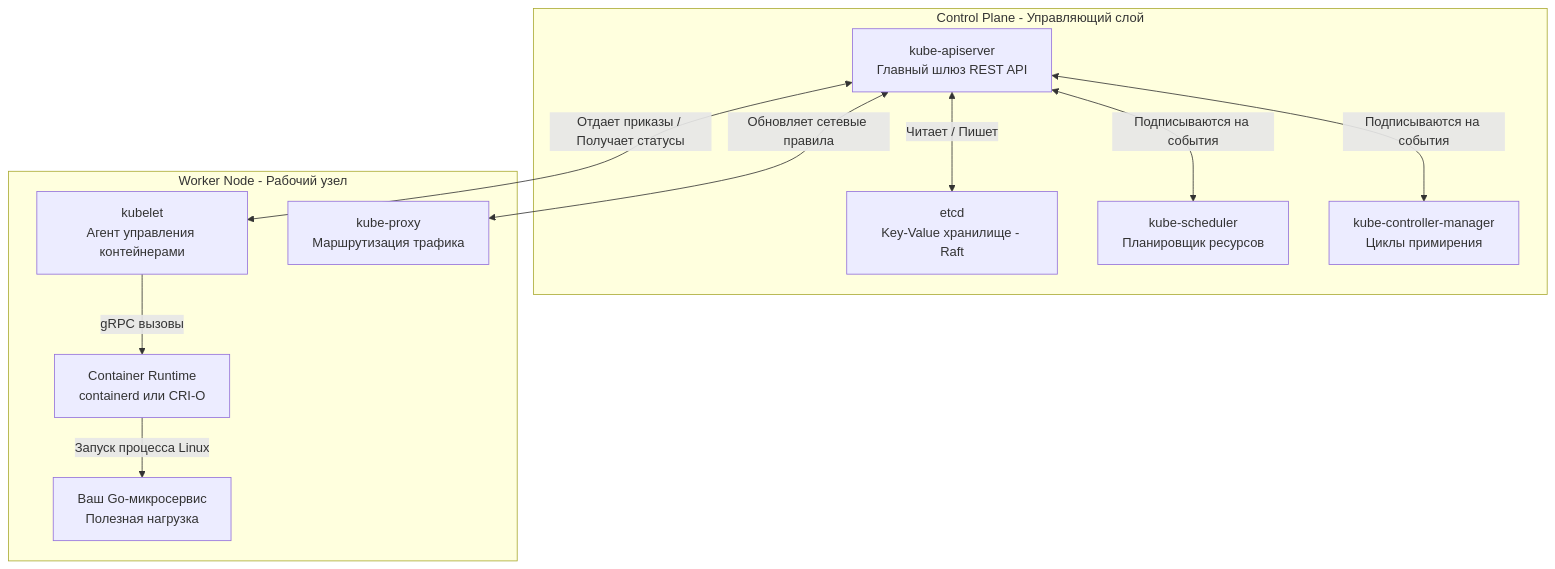
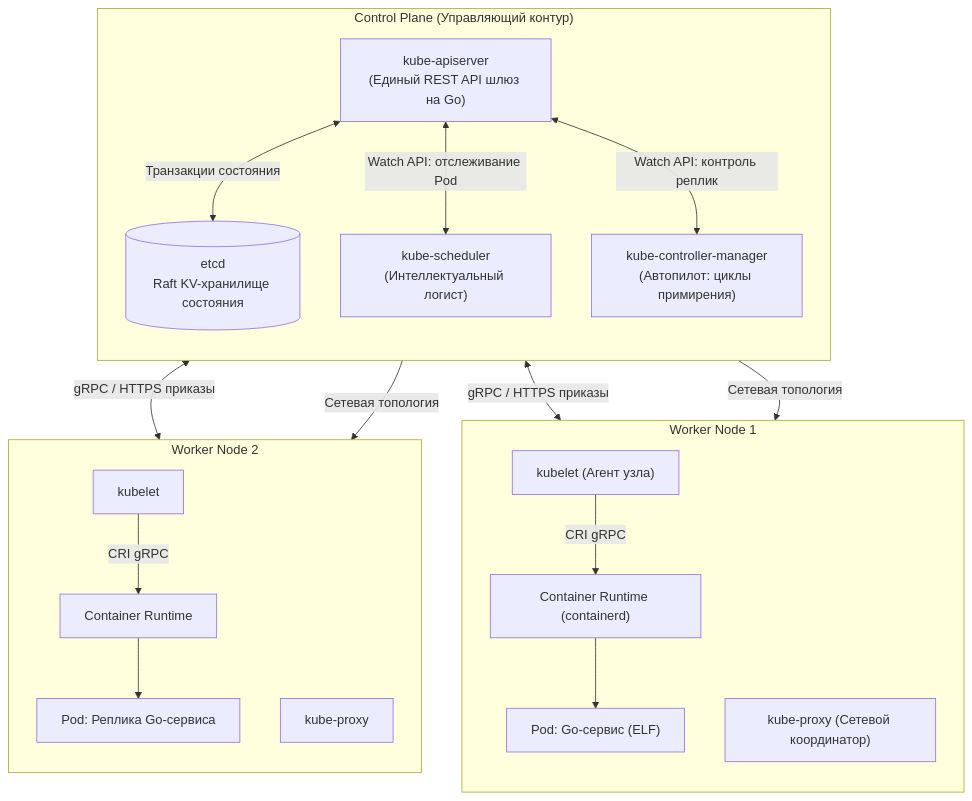
Before and after one commit to UnrealTemplier/go-textbook: the first of 3 diagrams in sources/14. Распределенные системы на Go/07. Kubernetes и деплой/2. Kubernetes. Основы.md, drawn with Mermaid. The commit also changed other lines of this file, not shown here.

````diff
--- a/sources/14. Распределенные системы на Go/07. Kubernetes и деплой/2. Kubernetes. Основы.md
+++ b/sources/14. Распределенные системы на Go/07. Kubernetes и деплой/2. Kubernetes. Основы.md
@@ -38,26 +26,38 @@
 ```mermaid
 flowchart TD
-    subgraph CP ["Control Plane - Управляющий слой"]
-        API["kube-apiserver<br>Главный шлюз REST API"]
-        ETCD["etcd<br>Key-Value хранилище - Raft"]
-        SCHED["kube-scheduler<br>Планировщик ресурсов"]
-        CTRL["kube-controller-manager<br>Циклы примирения"]
+    subgraph CP ["Control Plane (Управляющий контур)"]
+        direction TB
+        API["kube-apiserver<br>(Единый REST API шлюз на Go)"]
+        ETCD[("etcd<br>Raft KV-хранилище состояния")]
+        SCHED["kube-scheduler<br>(Интеллектуальный логист)"]
+        CTRL["kube-controller-manager<br>(Автопилот: циклы примирения)"]
     end
 
-    subgraph Node ["Worker Node - Рабочий узел"]
-        KUB["kubelet<br>Агент управления контейнерами"]
-        PROXY["kube-proxy<br>Маршрутизация трафика"]
-        CRI["Container Runtime<br>containerd или CRI-O"]
-        POD["Ваш Go-микросервис<br>Полезная нагрузка"]
+    subgraph Node1 ["Worker Node 1"]
+        direction TB
+        KUB1["kubelet (Агент узла)"]
+        PROXY1["kube-proxy (Сетевой координатор)"]
+        CRI1["Container Runtime (containerd)"]
+        POD1["Pod: Go-сервис (ELF)"]
     end
 
-    API <-->|"Читает / Пишет"| ETCD
-    API <-->|"Подписываются на события"| SCHED
-    API <-->|"Подписываются на события"| CTRL
+    subgraph Node2 ["Worker Node 2"]
+        direction TB
+        KUB2["kubelet"]
+        PROXY2["kube-proxy"]
+        CRI2["Container Runtime"]
+        POD2["Pod: Реплика Go-сервиса"]
+    end
 
-    API <-->|"Отдает приказы / Получает статусы"| KUB
-    API <-->|"Обновляет сетевые правила"| PROXY
+    API <-->|"Транзакции состояния"| ETCD
+    API <-->|"Watch API: отслеживание Pod"| SCHED
+    API <-->|"Watch API: контроль реплик"| CTRL
 
-    KUB -->|"gRPC вызовы"| CRI
-    CRI -->|"Запуск процесса Linux"| POD
+    API <-->|"gRPC / HTTPS приказы"| KUB1
+    API <-->|"gRPC / HTTPS приказы"| KUB2
+    API -->|"Сетевая топология"| PROXY1
+    API -->|"Сетевая топология"| PROXY2
+
+    KUB1 -->|"CRI gRPC"| CRI1 --> POD1
+    KUB2 -->|"CRI gRPC"| CRI2 --> POD2
 ```
````
